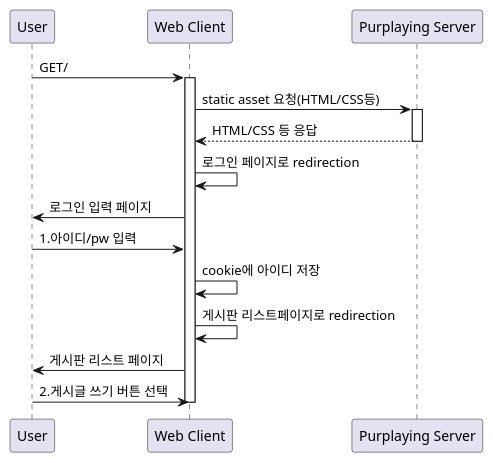
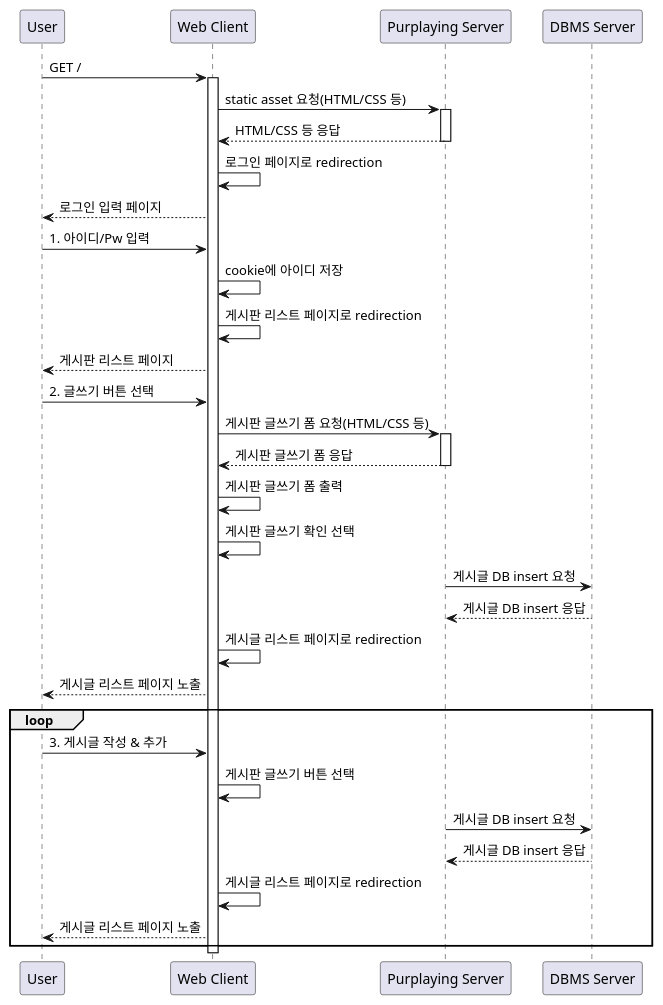
One commit to BlueUmb/ezenclass changed the diagram in Java Notes/docs/sequence_diagram.plantuml. Above: the diagram before and after it, drawn with PlantUML. The commit also changed 4 other files, not shown here.

Commit message:
sequencediagram

```diff
--- a/Java Notes/docs/sequence_diagram.plantuml
+++ b/Java Notes/docs/sequence_diagram.plantuml
@@ -1,29 +1,49 @@
 @startuml
 participant User
 participant "Web Client" as C
 participant "Purplaying Server" as S
+participant "DBMS Server" as D
 
-User -> C:GET/
+User -> C: GET / 
 activate C
+C -> S: static asset 요청(HTML/CSS 등)
+activate S
+S --> C: HTML/CSS 등 응답
+deactivate S
+C -> C: 로그인 페이지로 redirection
+C --> User: 로그인 입력 페이지
 
-C-> S:static asset 요청(HTML/CSS등)
+User -> C: 1. 아이디/Pw 입력 
+C -> C: cookie에 아이디 저장 
+C -> C: 게시판 리스트 페이지로 redirection
+
+C --> User: 게시판 리스트 페이지
+User -> C: 2. 글쓰기 버튼 선택
+
+C -> S: 게시판 글쓰기 폼 요청(HTML/CSS 등)
 activate S
-S-->C:HTML/CSS 등 응답
+S --> C: 게시판 글쓰기 폼 응답
 deactivate S
 
-C->C:로그인 페이지로 redirection
-C->User:로그인 입력 페이지
+C -> C: 게시판 글쓰기 폼 출력
+C -> C: 게시판 글쓰기 확인 선택
 
-User -> C: 1.아이디/pw 입력
-C -> C:cookie에 아이디 저장
-C -> C:게시판 리스트페이지로 redirection
+S -> D: 게시글 DB insert 요청
+D --> S: 게시글 DB insert 응답
+C -> C: 게시글 리스트 페이지로 redirection
+C --> User: 게시글 리스트 페이지 노출
 
-C -> User:게시판 리스트 페이지
-User-> C:2.게시글 쓰기 버튼 선택
-
+loop
+    User -> C: 3. 게시글 작성 & 추가
+    C -> C: 게시판 글쓰기 버튼 선택
+    S -> D: 게시글 DB insert 요청
+    D --> S: 게시글 DB insert 응답
+    C -> C: 게시글 리스트 페이지로 redirection
+    C --> User: 게시글 리스트 페이지 노출
+end
 
 
 deactivate C
 
 
 @enduml
```
